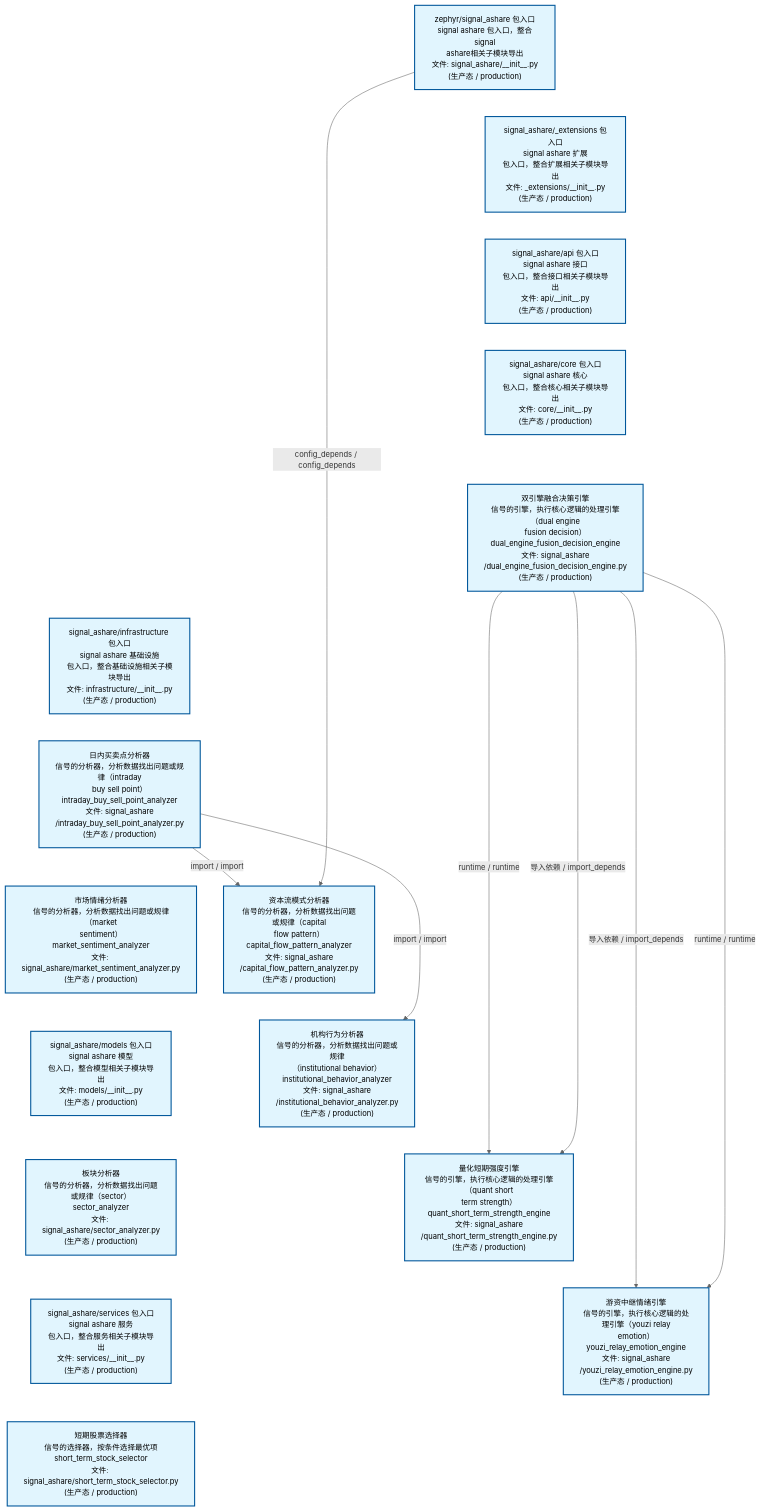
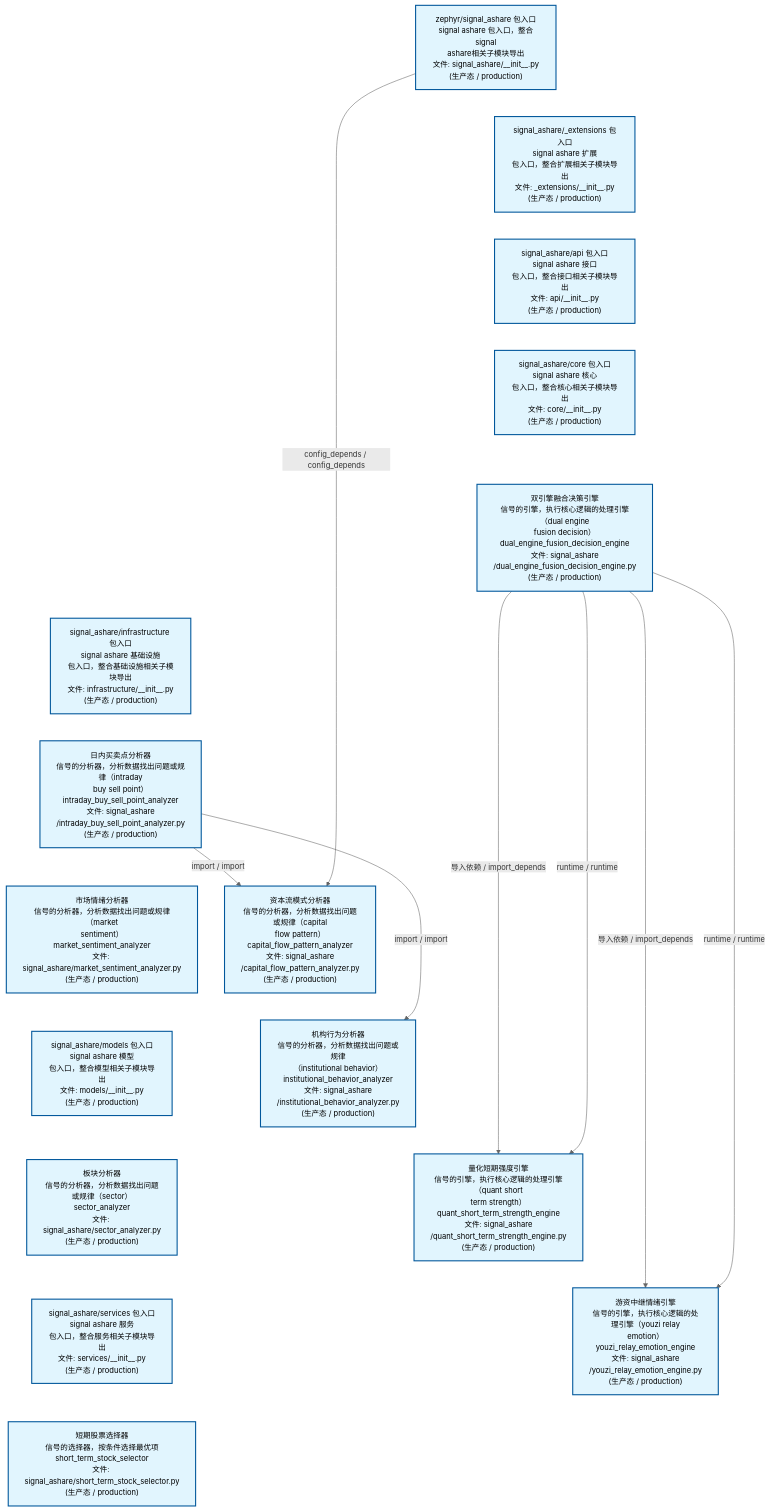
One commit to xuanFelixVan/ZephyrAlpha changed the second of 4 diagrams in docs/02_enterprise_architecture/02_domain_architecture_docs/32_d_ashare_signal.md. Above: the diagram before and after it, drawn with Mermaid. The commit also changed other lines of this file and 50 other files, not shown here.

````diff
--- a/docs/02_enterprise_architecture/02_domain_architecture_docs/32_d_ashare_signal.md
+++ b/docs/02_enterprise_architecture/02_domain_architecture_docs/32_d_ashare_signal.md
@@ -112,46 +112,46 @@
 ```mermaid
 %%{init: {'theme': 'base', 'themeVariables': {'primaryColor': '#eaeaea', 'primaryTextColor': '#333333', 'primaryBorderColor': '#666666', 'lineColor': '#666666', 'secondaryColor': '#eaeaea', 'tertiaryColor': '#eaeaea', 'fontSize': '14px'}}}%%
 flowchart TD
     src_zephyr_signal_ashare_init_py["zephyr/signal_ashare 包入口<br/>signal ashare 包入口，整合signal<br/>ashare相关子模块导出<br/>文件: signal_ashare/__init__.py<br/>(生产态 / production)"]
     src_zephyr_signal_ashare_extensions_init_py["signal_ashare/_extensions 包入口<br/>signal ashare 扩展<br/>包入口，整合扩展相关子模块导出<br/>文件: _extensions/__init__.py<br/>(生产态 / production)"]
     src_zephyr_signal_ashare_api_init_py["signal_ashare/api 包入口<br/>signal ashare 接口<br/>包入口，整合接口相关子模块导出<br/>文件: api/__init__.py<br/>(生产态 / production)"]
     src_zephyr_signal_ashare_core_init_py["signal_ashare/core 包入口<br/>signal ashare 核心<br/>包入口，整合核心相关子模块导出<br/>文件: core/__init__.py<br/>(生产态 / production)"]
     src_zephyr_signal_ashare_dual_engine_fusion_decision_engine_py["双引擎融合决策引擎<br/>信号的引擎，执行核心逻辑的处理引擎（dual engine<br/>fusion decision）<br/>dual_engine_fusion_decision_engine<br/>文件: signal_ashare<br/>/dual_engine_fusion_decision_engine.py<br/>(生产态 / production)"]
     src_zephyr_signal_ashare_infrastructure_init_py["signal_ashare/infrastructure 包入口<br/>signal ashare 基础设施<br/>包入口，整合基础设施相关子模块导出<br/>文件: infrastructure/__init__.py<br/>(生产态 / production)"]
     src_zephyr_signal_ashare_intraday_buy_sell_point_analyzer_py["日内买卖点分析器<br/>信号的分析器，分析数据找出问题或规律（intraday<br/>buy sell point）<br/>intraday_buy_sell_point_analyzer<br/>文件: signal_ashare<br/>/intraday_buy_sell_point_analyzer.py<br/>(生产态 / production)"]
     src_zephyr_signal_ashare_market_sentiment_analyzer_py["市场情绪分析器<br/>信号的分析器，分析数据找出问题或规律（market<br/>sentiment）<br/>market_sentiment_analyzer<br/>文件: signal_ashare/market_sentiment_analyzer.py<br/>(生产态 / production)"]
     src_zephyr_signal_ashare_models_init_py["signal_ashare/models 包入口<br/>signal ashare 模型<br/>包入口，整合模型相关子模块导出<br/>文件: models/__init__.py<br/>(生产态 / production)"]
     src_zephyr_signal_ashare_sector_analyzer_py["板块分析器<br/>信号的分析器，分析数据找出问题或规律（sector）<br/>sector_analyzer<br/>文件: signal_ashare/sector_analyzer.py<br/>(生产态 / production)"]
     src_zephyr_signal_ashare_services_init_py["signal_ashare/services 包入口<br/>signal ashare 服务<br/>包入口，整合服务相关子模块导出<br/>文件: services/__init__.py<br/>(生产态 / production)"]
     src_zephyr_signal_ashare_short_term_stock_selector_py["短期股票选择器<br/>信号的选择器，按条件选择最优项<br/>short_term_stock_selector<br/>文件: signal_ashare/short_term_stock_selector.py<br/>(生产态 / production)"]
     src_zephyr_signal_ashare_init_py ~~~ src_zephyr_signal_ashare_extensions_init_py
     src_zephyr_signal_ashare_extensions_init_py ~~~ src_zephyr_signal_ashare_api_init_py
     src_zephyr_signal_ashare_api_init_py ~~~ src_zephyr_signal_ashare_core_init_py
     src_zephyr_signal_ashare_core_init_py ~~~ src_zephyr_signal_ashare_dual_engine_fusion_decision_engine_py
     src_zephyr_signal_ashare_dual_engine_fusion_decision_engine_py ~~~ src_zephyr_signal_ashare_infrastructure_init_py
     src_zephyr_signal_ashare_infrastructure_init_py ~~~ src_zephyr_signal_ashare_intraday_buy_sell_point_analyzer_py
     src_zephyr_signal_ashare_intraday_buy_sell_point_analyzer_py ~~~ src_zephyr_signal_ashare_market_sentiment_analyzer_py
     src_zephyr_signal_ashare_market_sentiment_analyzer_py ~~~ src_zephyr_signal_ashare_models_init_py
     src_zephyr_signal_ashare_models_init_py ~~~ src_zephyr_signal_ashare_sector_analyzer_py
     src_zephyr_signal_ashare_sector_analyzer_py ~~~ src_zephyr_signal_ashare_services_init_py
     src_zephyr_signal_ashare_services_init_py ~~~ src_zephyr_signal_ashare_short_term_stock_selector_py
     src_zephyr_signal_ashare_capital_flow_pattern_analyzer_py["资本流模式分析器<br/>信号的分析器，分析数据找出问题或规律（capital<br/>flow pattern）<br/>capital_flow_pattern_analyzer<br/>文件: signal_ashare<br/>/capital_flow_pattern_analyzer.py<br/>(生产态 / production)"]
     src_zephyr_signal_ashare_institutional_behavior_analyzer_py["机构行为分析器<br/>信号的分析器，分析数据找出问题或规律<br/>（institutional behavior）<br/>institutional_behavior_analyzer<br/>文件: signal_ashare<br/>/institutional_behavior_analyzer.py<br/>(生产态 / production)"]
     src_zephyr_signal_ashare_quant_short_term_strength_engine_py["量化短期强度引擎<br/>信号的引擎，执行核心逻辑的处理引擎（quant short<br/>term strength）<br/>quant_short_term_strength_engine<br/>文件: signal_ashare<br/>/quant_short_term_strength_engine.py<br/>(生产态 / production)"]
     src_zephyr_signal_ashare_youzi_relay_emotion_engine_py["游资中继情绪引擎<br/>信号的引擎，执行核心逻辑的处理引擎（youzi relay<br/>emotion）<br/>youzi_relay_emotion_engine<br/>文件: signal_ashare<br/>/youzi_relay_emotion_engine.py<br/>(生产态 / production)"]
     src_zephyr_signal_ashare_capital_flow_pattern_analyzer_py ~~~ src_zephyr_signal_ashare_institutional_behavior_analyzer_py
     src_zephyr_signal_ashare_institutional_behavior_analyzer_py ~~~ src_zephyr_signal_ashare_quant_short_term_strength_engine_py
     src_zephyr_signal_ashare_quant_short_term_strength_engine_py ~~~ src_zephyr_signal_ashare_youzi_relay_emotion_engine_py
+    src_zephyr_signal_ashare_dual_engine_fusion_decision_engine_py -->|导入依赖 / import_depends| src_zephyr_signal_ashare_youzi_relay_emotion_engine_py
+    src_zephyr_signal_ashare_dual_engine_fusion_decision_engine_py -->|runtime / runtime| src_zephyr_signal_ashare_youzi_relay_emotion_engine_py
+    src_zephyr_signal_ashare_dual_engine_fusion_decision_engine_py -->|导入依赖 / import_depends| src_zephyr_signal_ashare_quant_short_term_strength_engine_py
+    src_zephyr_signal_ashare_dual_engine_fusion_decision_engine_py -->|runtime / runtime| src_zephyr_signal_ashare_quant_short_term_strength_engine_py
     src_zephyr_signal_ashare_intraday_buy_sell_point_analyzer_py -->|import / import| src_zephyr_signal_ashare_capital_flow_pattern_analyzer_py
     src_zephyr_signal_ashare_intraday_buy_sell_point_analyzer_py -->|import / import| src_zephyr_signal_ashare_institutional_behavior_analyzer_py
-    src_zephyr_signal_ashare_dual_engine_fusion_decision_engine_py -->|runtime / runtime| src_zephyr_signal_ashare_quant_short_term_strength_engine_py
-    src_zephyr_signal_ashare_dual_engine_fusion_decision_engine_py -->|导入依赖 / import_depends| src_zephyr_signal_ashare_quant_short_term_strength_engine_py
-    src_zephyr_signal_ashare_dual_engine_fusion_decision_engine_py -->|导入依赖 / import_depends| src_zephyr_signal_ashare_youzi_relay_emotion_engine_py
-    src_zephyr_signal_ashare_dual_engine_fusion_decision_engine_py -->|runtime / runtime| src_zephyr_signal_ashare_youzi_relay_emotion_engine_py
     src_zephyr_signal_ashare_init_py -->|config_depends / config_depends| src_zephyr_signal_ashare_capital_flow_pattern_analyzer_py
     classDef production fill:#e1f5fe,stroke:#01579b,stroke-width:2px,color:#000
     classDef design fill:#fff3e0,stroke:#e65100,stroke-width:2px,color:#000,stroke-dasharray: 5 5
     classDef external_prod fill:#e8f4fd,stroke:#0277bd,stroke-width:1px,color:#000
     classDef external_design fill:#fff8e7,stroke:#ef6c00,stroke-width:1px,color:#000,stroke-dasharray: 5 5
     class src_zephyr_signal_ashare_init_py,src_zephyr_signal_ashare_extensions_init_py,src_zephyr_signal_ashare_api_init_py,src_zephyr_signal_ashare_capital_flow_pattern_analyzer_py,src_zephyr_signal_ashare_core_init_py,src_zephyr_signal_ashare_dual_engine_fusion_decision_engine_py,src_zephyr_signal_ashare_infrastructure_init_py,src_zephyr_signal_ashare_institutional_behavior_analyzer_py,src_zephyr_signal_ashare_intraday_buy_sell_point_analyzer_py,src_zephyr_signal_ashare_market_sentiment_analyzer_py,src_zephyr_signal_ashare_models_init_py,src_zephyr_signal_ashare_quant_short_term_strength_engine_py,src_zephyr_signal_ashare_sector_analyzer_py,src_zephyr_signal_ashare_services_init_py,src_zephyr_signal_ashare_short_term_stock_selector_py,src_zephyr_signal_ashare_youzi_relay_emotion_engine_py production
 ```
````
